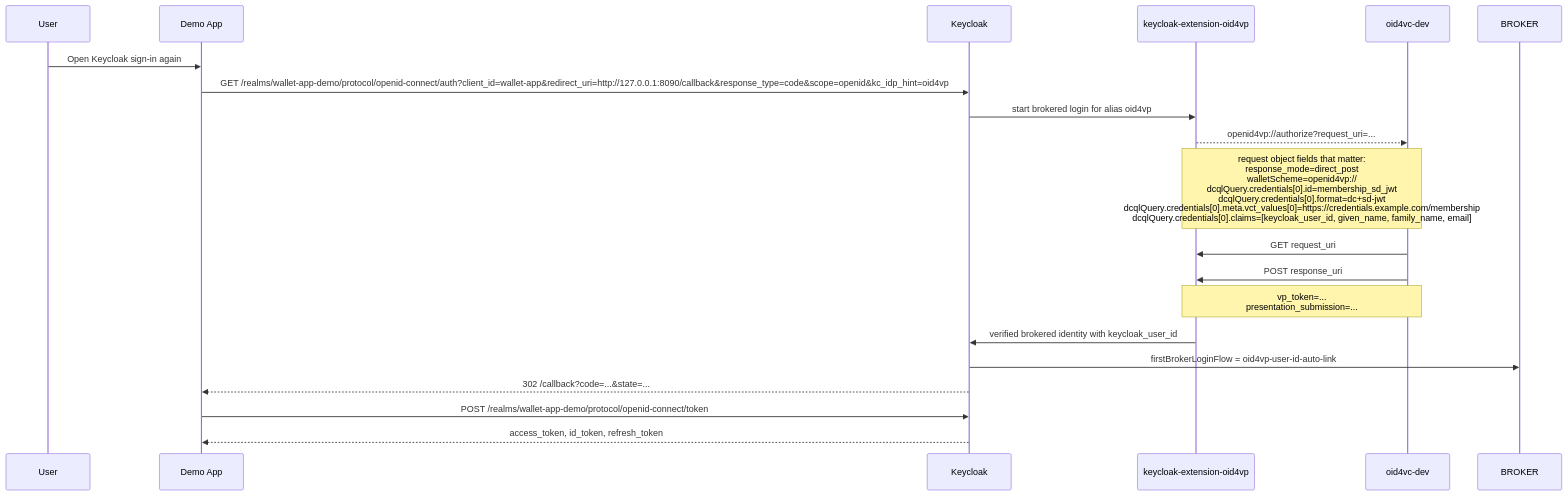
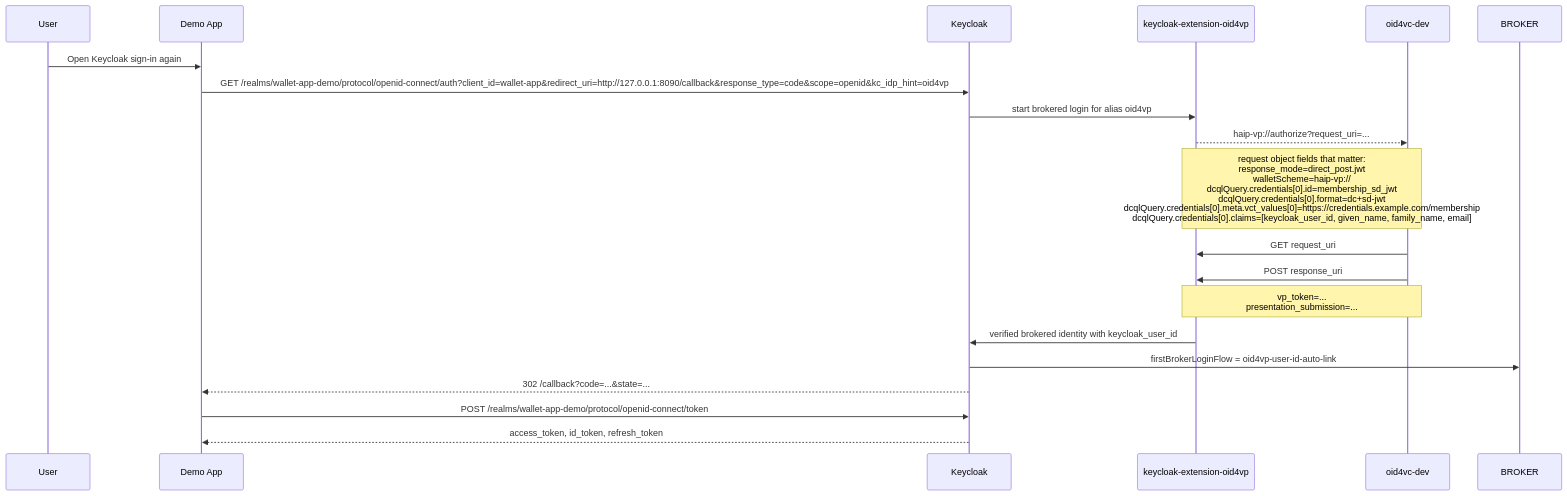
Before and after one commit to dominikschlosser/eudi-dev: the third of 3 diagrams in examples/keycloak-issuer-verifier-app/README.md, drawn with Mermaid. The commit also changed other lines of this file and 16 other files, not shown here.

````diff
--- a/examples/keycloak-issuer-verifier-app/README.md
+++ b/examples/keycloak-issuer-verifier-app/README.md
@@ -94,24 +94,24 @@
 ```mermaid
 sequenceDiagram
     participant U as User
     participant APP as Demo App
     participant KC as Keycloak
     participant EXT as keycloak-extension-oid4vp
     participant W as oid4vc-dev
 
     U->>APP: Open Keycloak sign-in again
     APP->>KC: GET /realms/wallet-app-demo/protocol/openid-connect/auth?client_id=wallet-app&redirect_uri=http://127.0.0.1:8090/callback&response_type=code&scope=openid&kc_idp_hint=oid4vp
     KC->>EXT: start brokered login for alias oid4vp
-    EXT-->>W: openid4vp://authorize?request_uri=...
-    Note over EXT,W: request object fields that matter:<br/>response_mode=direct_post<br/>walletScheme=openid4vp://<br/>dcqlQuery.credentials[0].id=membership_sd_jwt<br/>dcqlQuery.credentials[0].format=dc+sd-jwt<br/>dcqlQuery.credentials[0].meta.vct_values[0]=https://credentials.example.com/membership<br/>dcqlQuery.credentials[0].claims=[keycloak_user_id, given_name, family_name, email]
+    EXT-->>W: haip-vp://authorize?request_uri=...
+    Note over EXT,W: request object fields that matter:<br/>response_mode=direct_post.jwt<br/>walletScheme=haip-vp://<br/>dcqlQuery.credentials[0].id=membership_sd_jwt<br/>dcqlQuery.credentials[0].format=dc+sd-jwt<br/>dcqlQuery.credentials[0].meta.vct_values[0]=https://credentials.example.com/membership<br/>dcqlQuery.credentials[0].claims=[keycloak_user_id, given_name, family_name, email]
 
     W->>EXT: GET request_uri
     W->>EXT: POST response_uri
     Note over W,EXT: vp_token=...<br/>presentation_submission=...
 
     EXT->>KC: verified brokered identity with keycloak_user_id
     KC->>BROKER: firstBrokerLoginFlow = oid4vp-user-id-auto-link
     KC-->>APP: 302 /callback?code=...&state=...
     APP->>KC: POST /realms/wallet-app-demo/protocol/openid-connect/token
     KC-->>APP: access_token, id_token, refresh_token
 ```
````
